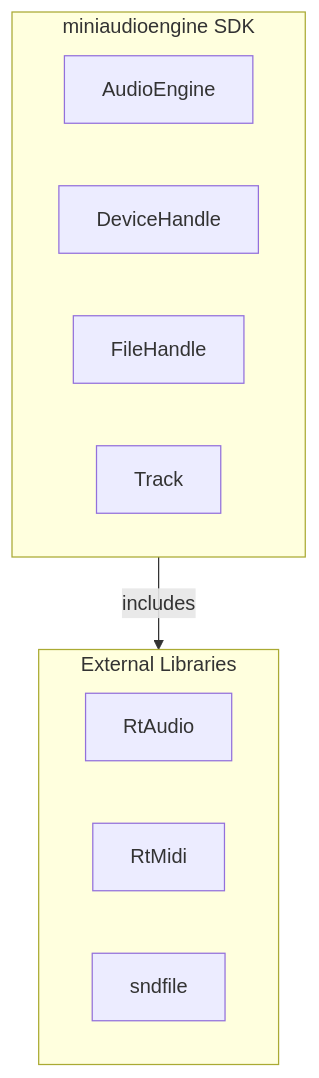
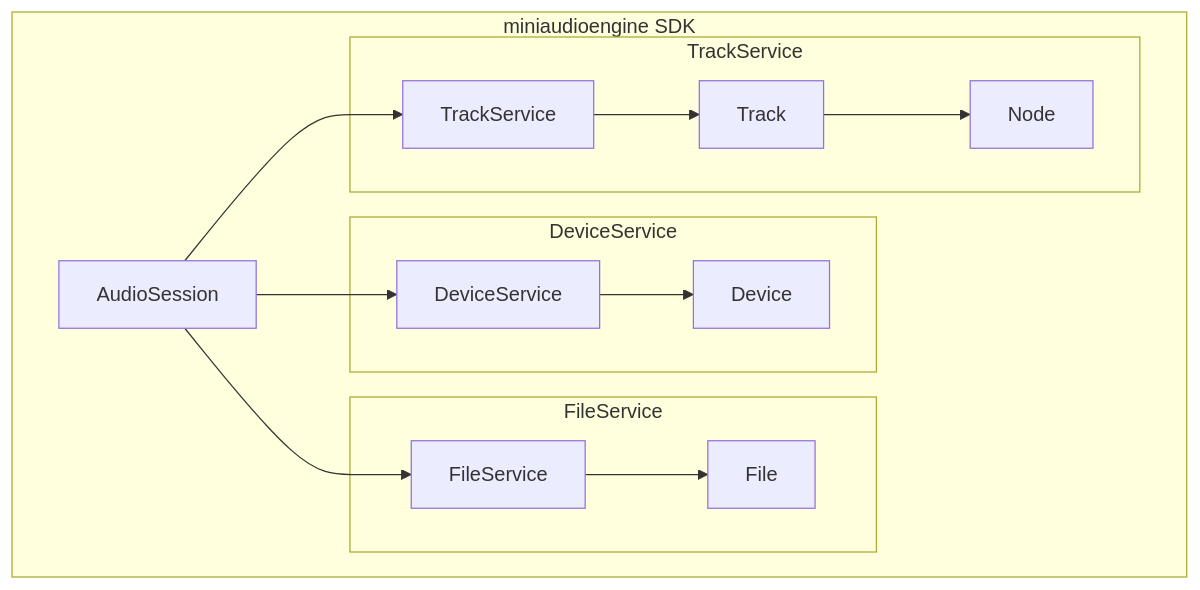
The second of 21 diagrams in docs/DESIGN_DOC.md (aidan-clyens/miniaudioengine), drawn with Mermaid before and after one commit. The commit also changed other lines of this file, not shown here.

````diff
--- a/docs/DESIGN_DOC.md
+++ b/docs/DESIGN_DOC.md
@@ -100,18 +98,28 @@
 ```mermaid
 graph TD
-
-    subgraph External["External Libraries"]
-        RtAudio
-        RtMidi
-        sndfile
+    subgraph SDK["miniaudioengine SDK"]
+        AudioSession
+        subgraph deviceService["DeviceService"]
+            DeviceService
+            Device
+        end
+        subgraph fileService["FileService"]
+            FileService
+            File
+        end
+        subgraph graphService["TrackService"]
+            TrackService
+            Track
+            Node
+        end
     end
 
-    subgraph SDK["miniaudioengine SDK"]
-        AudioEngine
-        DeviceHandle
-        FileHandle
-        Track
-    end
+    AudioSession --> DeviceService
+    AudioSession --> FileService
+    AudioSession --> TrackService
 
-    SDK -->|includes| External
+    DeviceService --> Device
+    FileService --> File
+    TrackService --> Track
+    Track --> Node
 ```
````
